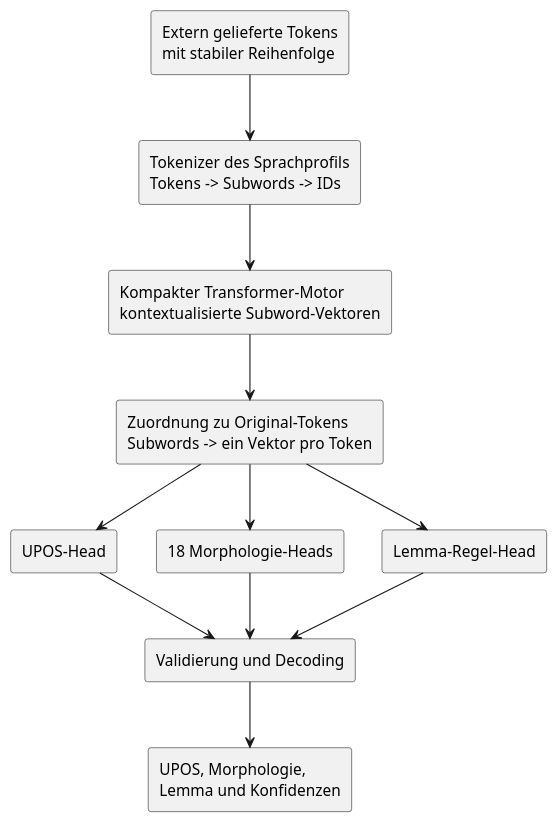
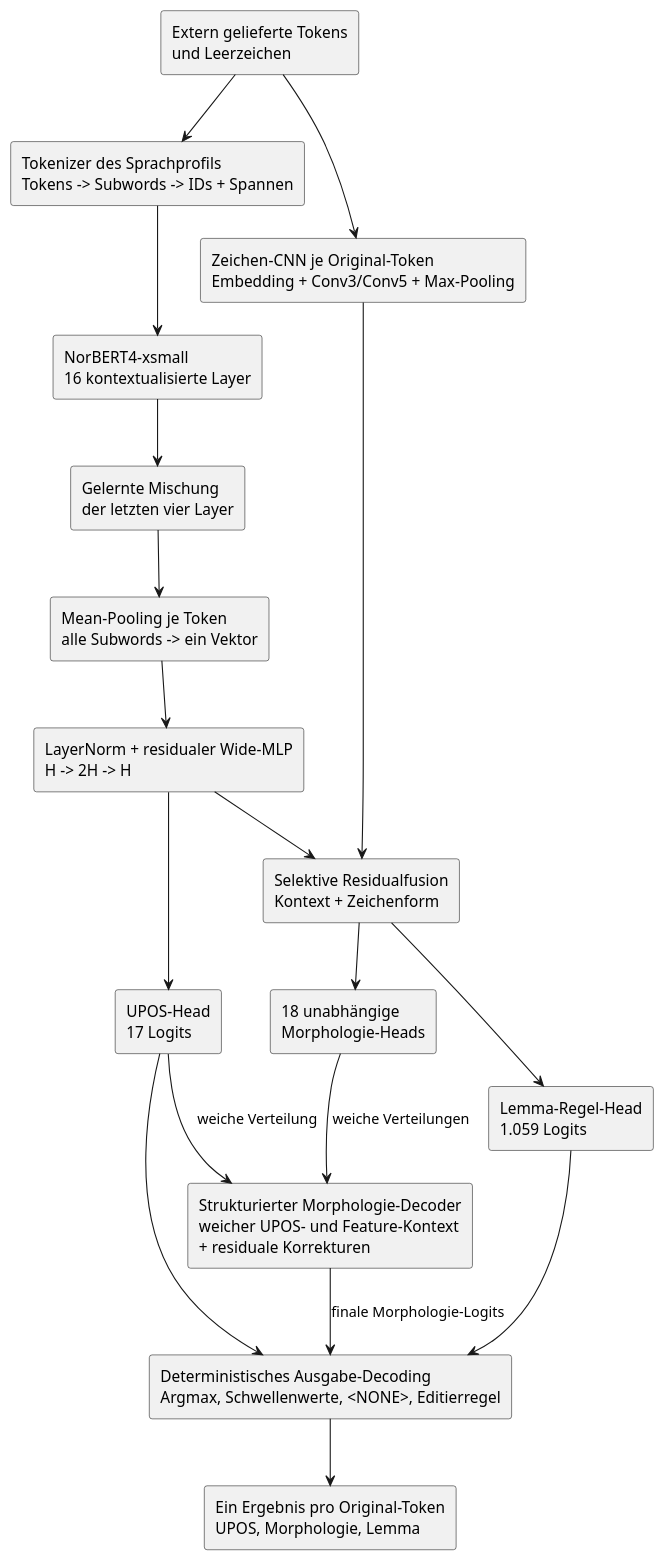
One commit to dmlux/Prism changed the first of 8 diagrams in docs/ARCHITECTURE.md. Above: the diagram before and after it, drawn with PlantUML. The commit also changed other lines of this file and 54 other files, not shown here.

````diff
--- a/docs/ARCHITECTURE.md
+++ b/docs/ARCHITECTURE.md
@@ -45,30 +68,42 @@
 ```plantuml
 @startuml prism-overview
 skinparam backgroundColor transparent
 skinparam componentStyle rectangle
 skinparam shadowing false
 
-rectangle "Extern gelieferte Tokens\nmit stabiler Reihenfolge" as Tokens
-rectangle "Tokenizer des Sprachprofils\nTokens -> Subwords -> IDs" as Tokenizer
-rectangle "Kompakter Transformer-Motor\nkontextualisierte Subword-Vektoren" as Encoder
-rectangle "Zuordnung zu Original-Tokens\nSubwords -> ein Vektor pro Token" as Alignment
+rectangle "Extern gelieferte Tokens\nund Leerzeichen" as Tokens
+rectangle "Tokenizer des Sprachprofils\nTokens -> Subwords -> IDs + Spannen" as Tokenizer
+rectangle "NorBERT4-xsmall\n16 kontextualisierte Layer" as Encoder
+rectangle "Gelernte Mischung\nder letzten vier Layer" as LayerMix
+rectangle "Mean-Pooling je Token\nalle Subwords -> ein Vektor" as Pooling
+rectangle "LayerNorm + residualer Wide-MLP\nH -> 2H -> H" as Shared
+rectangle "Zeichen-CNN je Original-Token\nEmbedding + Conv3/Conv5 + Max-Pooling" as CharCnn
+rectangle "Selektive Residualfusion\nKontext + Zeichenform" as CharFusion
 
-rectangle "UPOS-Head" as Upos
-rectangle "18 Morphologie-Heads" as Morph
-rectangle "Lemma-Regel-Head" as Lemma
+rectangle "UPOS-Head\n17 Logits" as Upos
+rectangle "18 unabhängige\nMorphologie-Heads" as MorphFirst
+rectangle "Lemma-Regel-Head\n1.059 Logits" as Lemma
+rectangle "Strukturierter Morphologie-Decoder\nweicher UPOS- und Feature-Kontext\n+ residuale Korrekturen" as MorphRefine
 
-rectangle "Validierung und Decoding" as Decode
-rectangle "UPOS, Morphologie,\nLemma und Konfidenzen" as Results
+rectangle "Deterministisches Ausgabe-Decoding\nArgmax, Schwellenwerte, <NONE>, Editierregel" as Decode
+rectangle "Ein Ergebnis pro Original-Token\nUPOS, Morphologie, Lemma" as Results
 
 Tokens --> Tokenizer
 Tokenizer --> Encoder
-Encoder --> Alignment
-Alignment --> Upos
-Alignment --> Morph
-Alignment --> Lemma
+Encoder --> LayerMix
+LayerMix --> Pooling
+Pooling --> Shared
+Shared --> Upos
+Tokens --> CharCnn
+Shared --> CharFusion
+CharCnn --> CharFusion
+CharFusion --> MorphFirst
+CharFusion --> Lemma
+Upos --> MorphRefine : weiche Verteilung
+MorphFirst --> MorphRefine : weiche Verteilungen
 Upos --> Decode
-Morph --> Decode
+MorphRefine --> Decode : finale Morphologie-Logits
 Lemma --> Decode
 Decode --> Results
 @enduml
 ```
````
